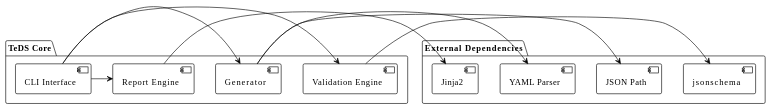
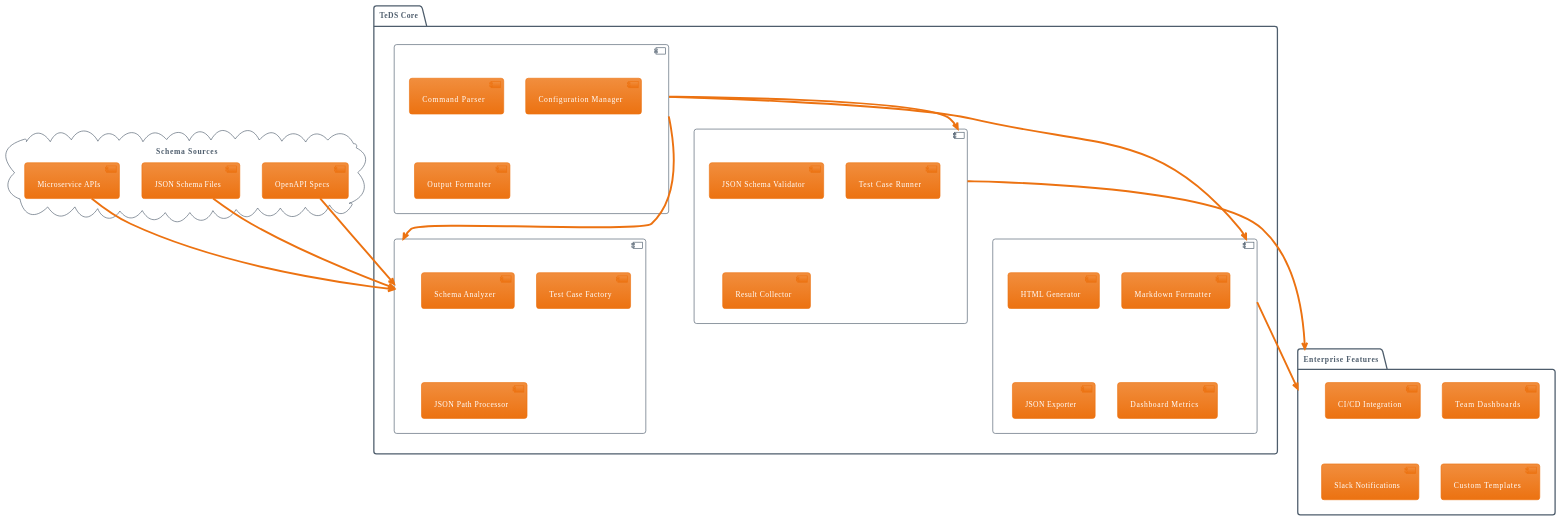
The third of 3 diagrams in docs/presentation/index.adoc (yaccob/teds), drawn with PlantUML before and after one commit. The commit also changed other lines of this file and 1 other file, not shown here.

```diff
--- a/docs/presentation/index.adoc
+++ b/docs/presentation/index.adoc
@@ -290,30 +459,58 @@
 [plantuml, teds-architecture, svg]
 ....
 @startuml
-!theme plain
+!theme aws-orange
+
+cloud "Schema Sources" {
+  [OpenAPI Specs] as openapi
+  [JSON Schema Files] as schemas
+  [Microservice APIs] as apis
+}
 
 package "TeDS Core" {
-  [CLI Interface] as cli
-  [Validation Engine] as validator
-  [Generator] as generator
-  [Report Engine] as reporter
+  component "CLI Interface" as cli {
+    [Command Parser]
+    [Configuration Manager]
+    [Output Formatter]
+  }
+
+  component "Validation Engine" as validator {
+    [JSON Schema Validator]
+    [Test Case Runner]
+    [Result Collector]
+  }
+
+  component "Test Generator" as generator {
+    [Schema Analyzer]
+    [Test Case Factory]
+    [JSON Path Processor]
+  }
+
+  component "Report Engine" as reporter {
+    [HTML Generator]
+    [Markdown Formatter]
+    [JSON Exporter]
+    [Dashboard Metrics]
+  }
 }
 
-package "External Dependencies" {
-  [jsonschema] as jsonschema
-  [JSON Path] as jsonpath
-  [Jinja2] as jinja
-  [YAML Parser] as yaml
+package "Enterprise Features" {
+  [CI/CD Integration]
+  [Team Dashboards]
+  [Slack Notifications]
+  [Custom Templates]
 }
 
-cli -> validator
-cli -> generator
-cli -> reporter
+openapi --> generator
+schemas --> generator
+apis --> generator
 
-validator -> jsonschema
-generator -> jsonpath
-generator -> yaml
-reporter -> jinja
+cli --> validator
+cli --> generator
+cli --> reporter
+
+validator --> [Enterprise Features]
+reporter --> [Enterprise Features]
 
 @enduml
 ....
```
